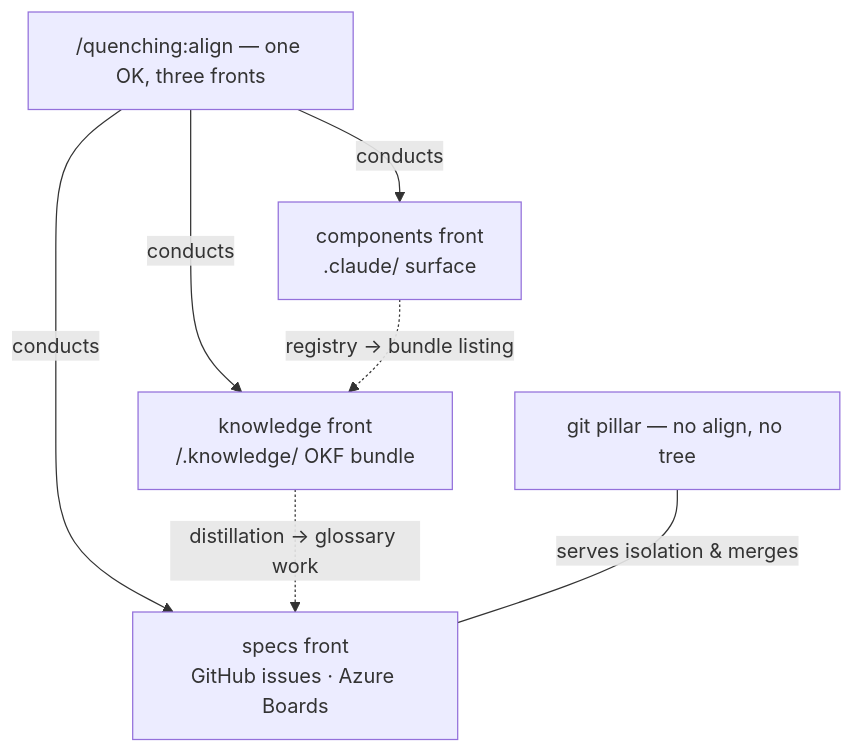
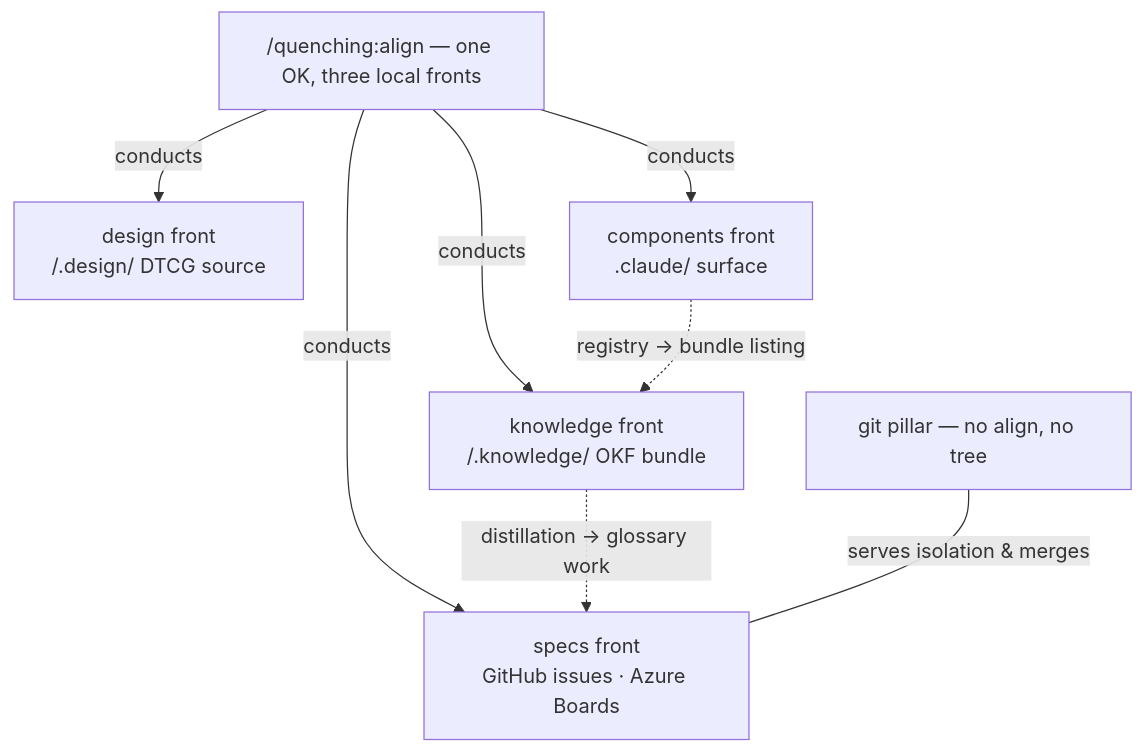
Before and after one commit to holetz/quenching: the diagram in .knowledge/documentation/explanation/operating-model.md, drawn with Mermaid. The commit also changed other lines of this file and 90 other files, not shown here.

Commit message:
Add interoperable DTCG design front

````diff
--- a/.knowledge/documentation/explanation/operating-model.md
+++ b/.knowledge/documentation/explanation/operating-model.md
@@ -28,10 +28,11 @@
 ```mermaid
 flowchart TD
-    ALL["/quenching:align — one OK, three fronts"]
+    ALL["/quenching:align — one OK, three local fronts"]
     ALL -->|conducts| K["knowledge front<br/>/.knowledge/ OKF bundle"]
     ALL -->|conducts| S["specs front<br/>GitHub issues · Azure Boards"]
+    ALL -->|conducts| D["design front<br/>/.design/ DTCG source"]
     ALL -->|conducts| C["components front<br/>.claude/ surface"]
     K -.->|"distillation → glossary work"| S
     C -.->|"registry → bundle listing"| K
     G["git pillar — no align, no tree"] ---|serves isolation & merges| S
 ```
````
